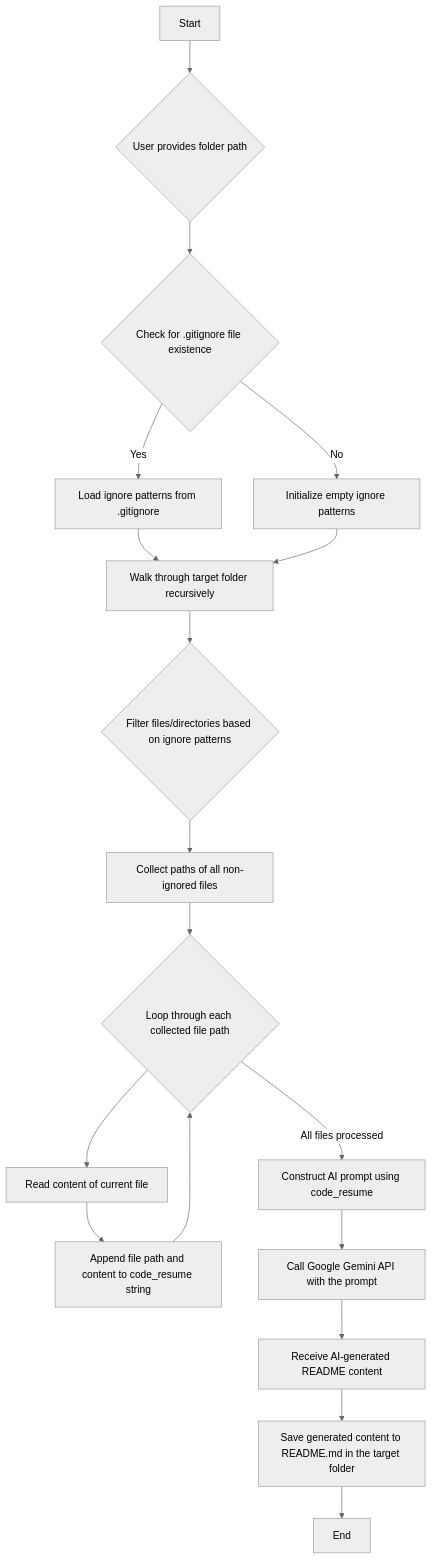
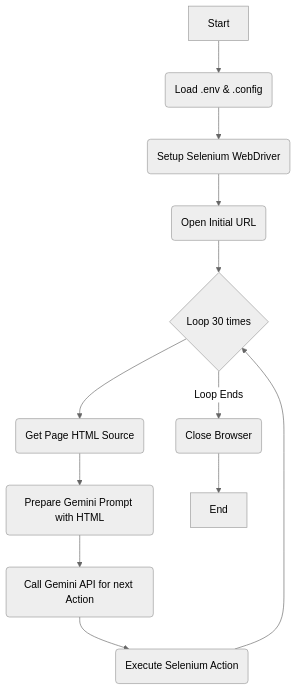
The diagram in README.md (bintadik/simple-browser-agent), drawn with Mermaid (neutral theme) before and after one commit. The commit also changed other lines of this file and 1 other file, not shown here.

````diff
--- a/README.md
+++ b/README.md
@@ -71,20 +102,14 @@
 ```mermaid
 graph TD
-    A[Start] --> B{User provides folder path};
-    B --> C{Check for .gitignore file existence};
-    C -- Yes --> D[Load ignore patterns from .gitignore];
-    C -- No --> E[Initialize empty ignore patterns];
-    D --> F[Walk through target folder recursively];
-    E --> F;
-    F --> G{Filter files/directories based on ignore patterns};
-    G --> H[Collect paths of all non-ignored files];
-    H --> I{Loop through each collected file path};
-    I --> J[Read content of current file];
-    J --> K[Append file path and content to code_resume string];
-    K --> I;
-    I -- All files processed --> L[Construct AI prompt using code_resume];
-    L --> M[Call Google Gemini API with the prompt];
-    M --> N[Receive AI-generated README content];
-    N --> O[Save generated content to README.md in the target folder];
-    O --> P[End];
+    A[Start] --> B(Load .env & .config);
+    B --> C(Setup Selenium WebDriver);
+    C --> D(Open Initial URL);
+    D --> E{Loop 30 times};
+    E --> F(Get Page HTML Source);
+    F --> G(Prepare Gemini Prompt with HTML);
+    G --> H(Call Gemini API for next Action);
+    H --> I(Execute Selenium Action);
+    I --> E;
+    E -- Loop Ends --> J(Close Browser);
+    J --> K[End];
 ```
````
